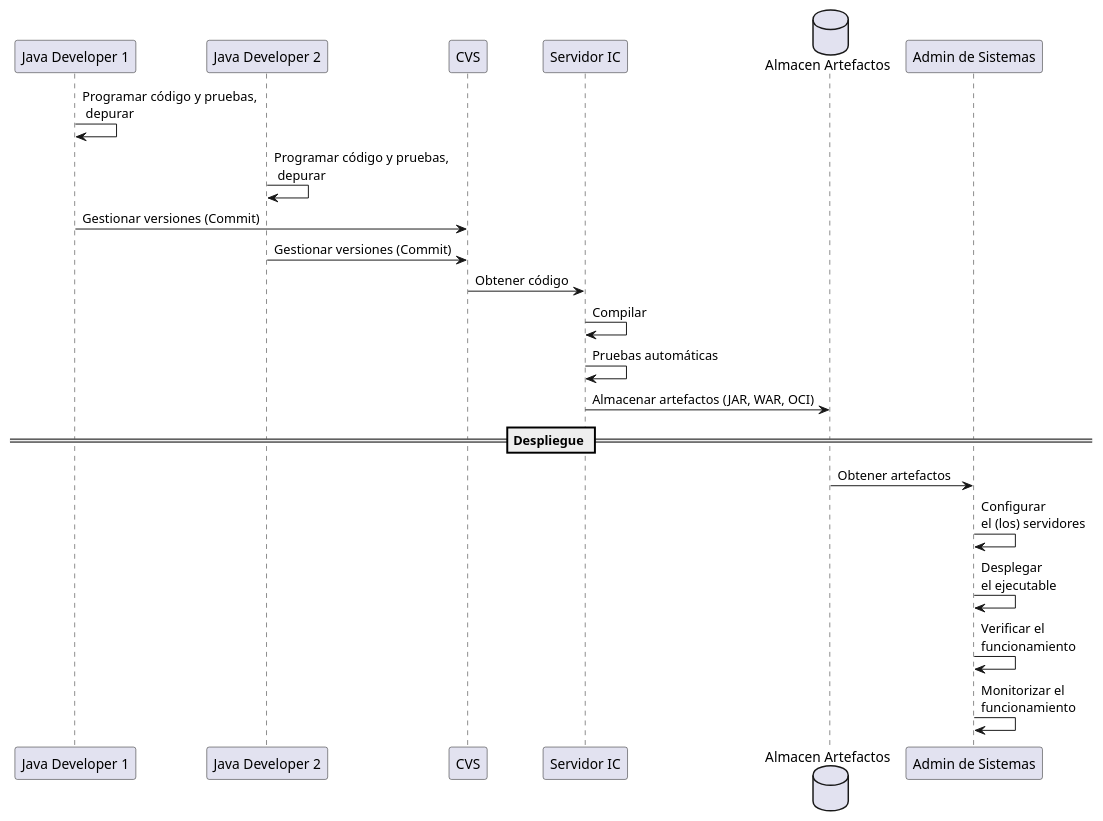
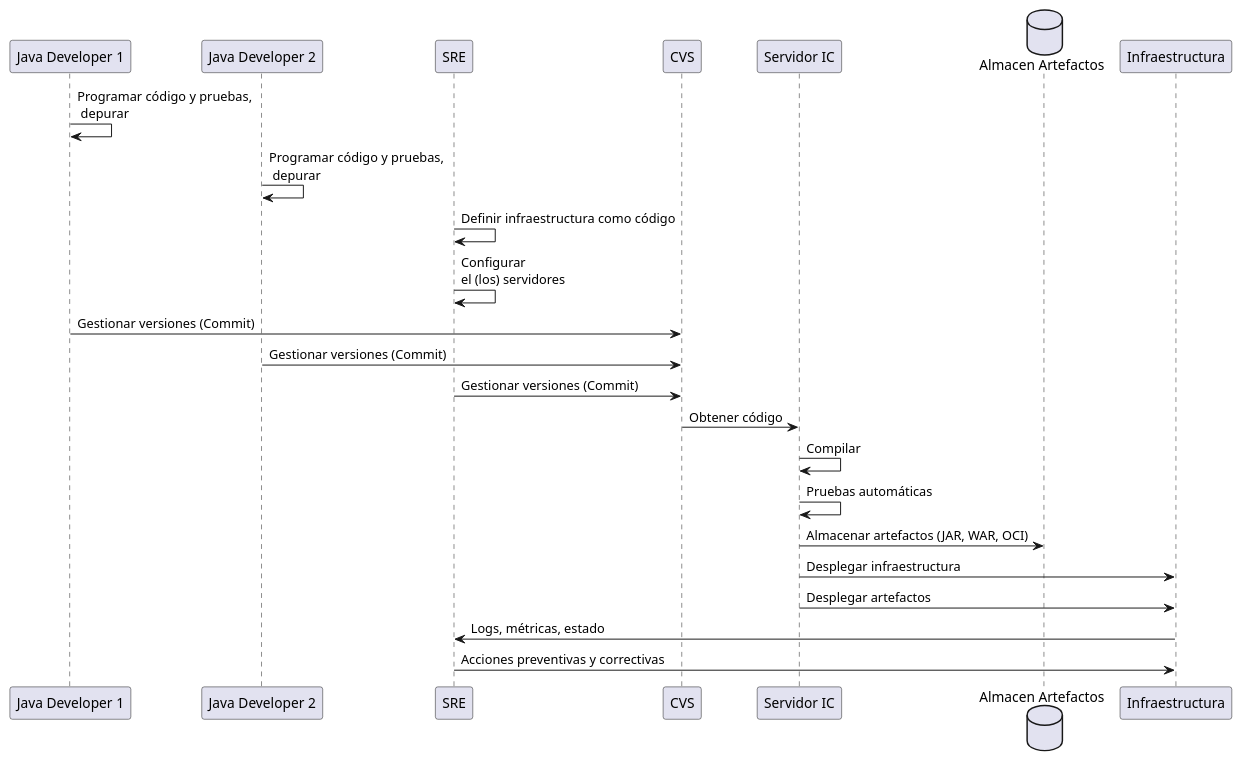
The diagram in cicd.plantuml (tuxtor/microjakarta10), drawn with PlantUML before and after one commit.

```diff
--- a/cicd.plantuml
+++ b/cicd.plantuml
@@ -1,32 +1,37 @@
 @startuml
 participant Developer1 as "Java Developer 1"
 participant Developer2 as "Java Developer 2"
+participant Sysadmin as "SRE"
 
 Developer1 -> Developer1 : Programar código y pruebas, \n depurar
 Developer2 -> Developer2 : Programar código y pruebas, \n depurar
+Sysadmin -> Sysadmin : Definir infraestructura como código
+Sysadmin -> Sysadmin : Configurar\nel (los) servidores
 Developer1 -> CVS : Gestionar versiones (Commit)
 Developer2 -> CVS : Gestionar versiones (Commit)
+Sysadmin -> CVS : Gestionar versiones (Commit)
 
 database CVS as "CVS(Git)"
 
 participant IC as "Servidor IC"
 
 CVS -> IC : Obtener código
 IC -> IC : Compilar
 IC -> IC : Pruebas automáticas
 
 database Artefacts as "Almacen Artefactos"
 IC -> Artefacts : Almacenar artefactos (JAR, WAR, OCI)
 
-participant Sysadmin as "Admin de Sistemas"
-
-== Despliegue ==
-Artefacts -> Sysadmin : Obtener artefactos
-Sysadmin -> Sysadmin : Configurar\nel (los) servidores
-Sysadmin -> Sysadmin : Desplegar\nel ejecutable
-
-Sysadmin -> Sysadmin : Verificar el\nfuncionamiento
-Sysadmin -> Sysadmin : Monitorizar el\nfuncionamiento
 
 
+
+
+participant Infra as "Infraestructura"
+
+IC -> Infra : Desplegar infraestructura
+IC -> Infra : Desplegar artefactos
+
+Infra -> Sysadmin: Logs, métricas, estado
+Sysadmin -> Infra: Acciones preventivas y correctivas
+
 @enduml
```
